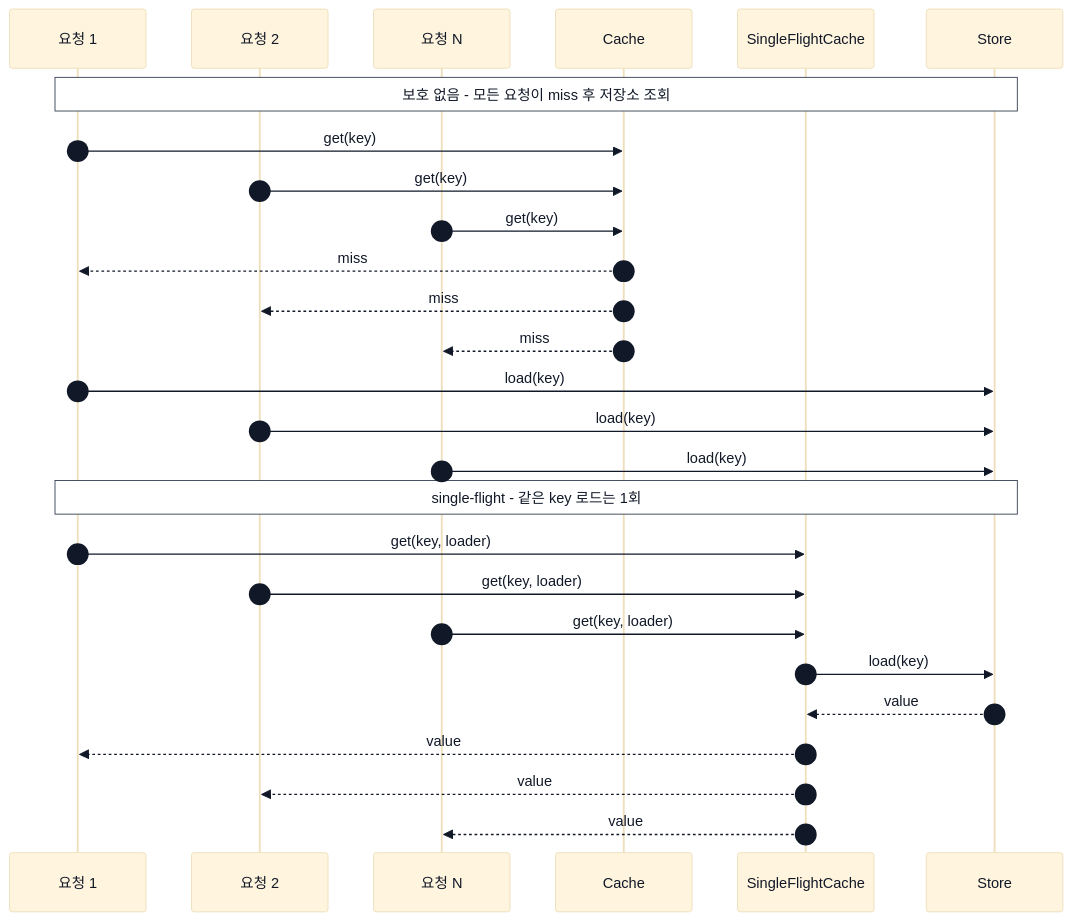
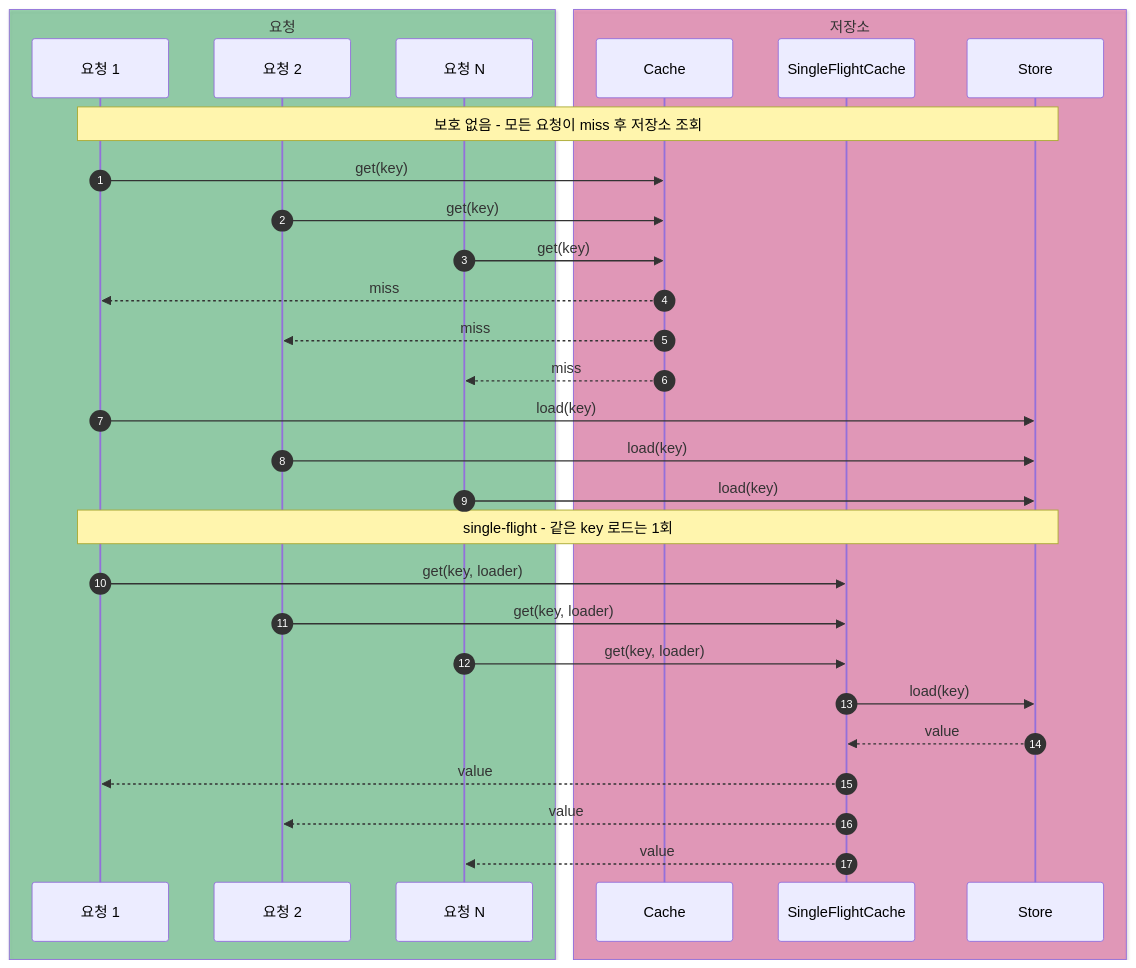
The eighth of 10 diagrams in labs/cache-patterns/README.md (HJC96/deep-dive), drawn with Mermaid before and after one commit. The commit also changed other lines of this file and 4 other files, not shown here.

````diff
--- a/labs/cache-patterns/README.md
+++ b/labs/cache-patterns/README.md
@@ -546,32 +603,37 @@
 ```mermaid
-%%{init: {"theme": "base", "themeVariables": {"primaryTextColor": "#111827", "secondaryTextColor": "#111827", "tertiaryTextColor": "#111827", "actorTextColor": "#111827", "signalTextColor": "#111827", "labelTextColor": "#111827", "noteTextColor": "#111827", "noteBkgColor": "#ffffff", "noteBorderColor": "#374151", "sequenceNumberColor": "#111827"}}}%%
 sequenceDiagram
     autonumber
+
+    box rgba(22, 163, 74, 0.40) 요청
     participant T1 as 요청 1
     participant T2 as 요청 2
     participant Tn as 요청 N
+    end
+
+    box rgba(219, 39, 119, 0.40) 저장소
     participant Cache as Cache
     participant SingleFlight as SingleFlightCache
     participant Store as Store
+    end
 
     Note over T1,Store: 보호 없음 - 모든 요청이 miss 후 저장소 조회
     T1->>Cache: get(key)
     T2->>Cache: get(key)
     Tn->>Cache: get(key)
     Cache-->>T1: miss
     Cache-->>T2: miss
     Cache-->>Tn: miss
     T1->>Store: load(key)
     T2->>Store: load(key)
     Tn->>Store: load(key)
 
     Note over T1,Store: single-flight - 같은 key 로드는 1회
     T1->>SingleFlight: get(key, loader)
     T2->>SingleFlight: get(key, loader)
     Tn->>SingleFlight: get(key, loader)
     SingleFlight->>Store: load(key)
     Store-->>SingleFlight: value
     SingleFlight-->>T1: value
     SingleFlight-->>T2: value
     SingleFlight-->>Tn: value
 ```
````
